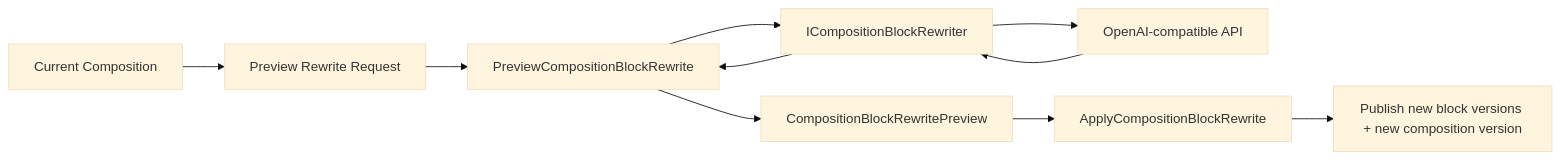
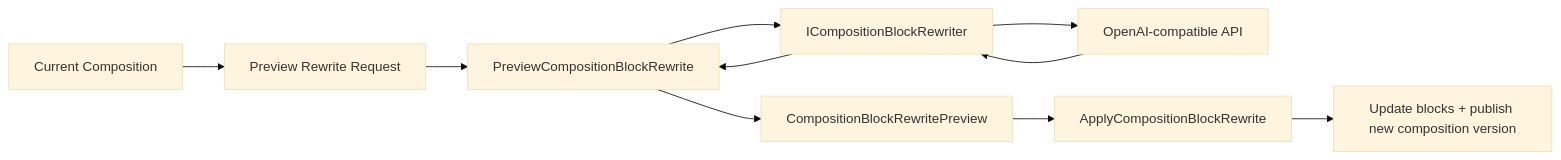
Before and after one commit to Artem535/TextFoundry: the diagram in doc/modules/ROOT/pages/project/functions/composition-rewrite/system-design.adoc, drawn with Mermaid (base theme). The commit also changed other lines of this file and 9 other files, not shown here.

```diff
--- a/doc/modules/ROOT/pages/project/functions/composition-rewrite/system-design.adoc
+++ b/doc/modules/ROOT/pages/project/functions/composition-rewrite/system-design.adoc
@@ -34,13 +74,13 @@
 [mermaid]
 ----
 flowchart LR
-  Composition["Current Composition"] --> Preview["Preview Rewrite Request"]
-  Preview --> Engine["PreviewCompositionBlockRewrite"]
+  Composition["Current Composition"] --> PreviewReq["Preview Rewrite Request"]
+  PreviewReq --> Engine["PreviewCompositionBlockRewrite"]
   Engine --> Rewriter["ICompositionBlockRewriter"]
   Rewriter --> Provider["OpenAI-compatible API"]
   Provider --> Rewriter
   Rewriter --> Engine
-  Engine --> Patch["CompositionBlockRewritePreview"]
-  Patch --> Apply["ApplyCompositionBlockRewrite"]
-  Apply --> Publish["Publish new block versions + new composition version"]
+  Engine --> Preview["CompositionBlockRewritePreview"]
+  Preview --> Apply["ApplyCompositionBlockRewrite"]
+  Apply --> Publish["Update blocks + publish new composition version"]
 ----
```
